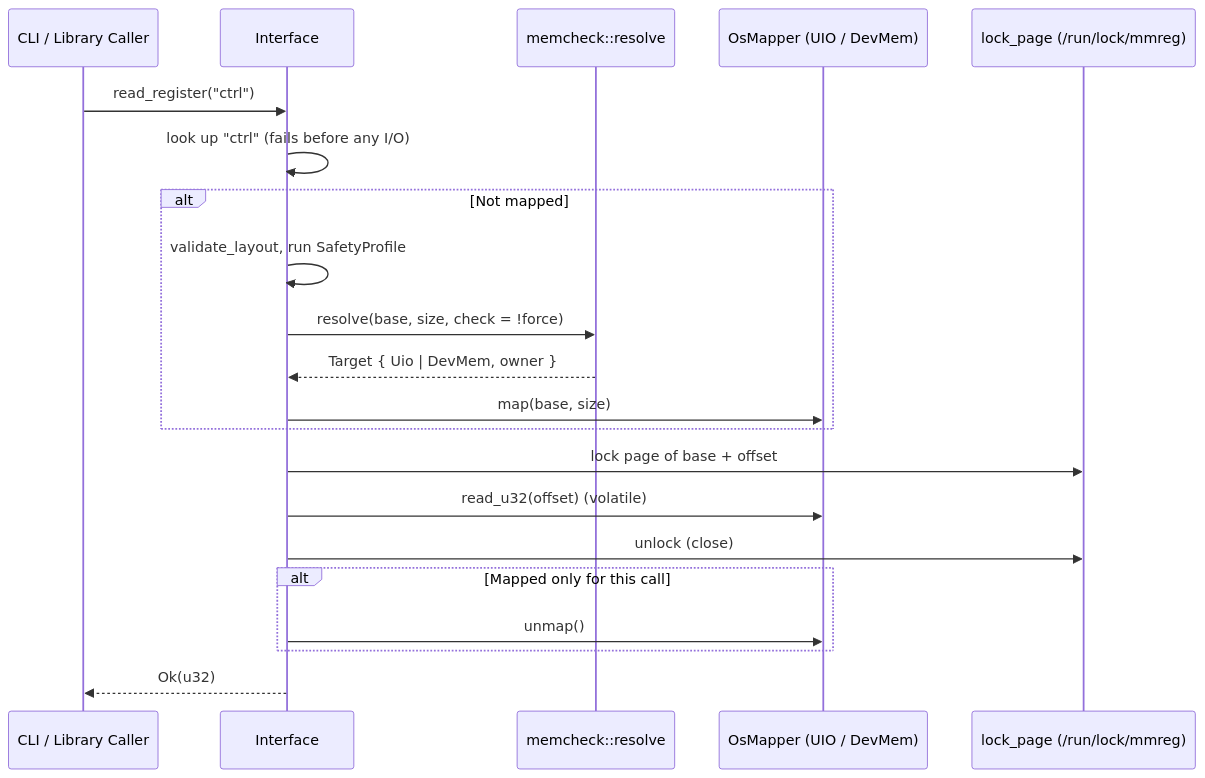
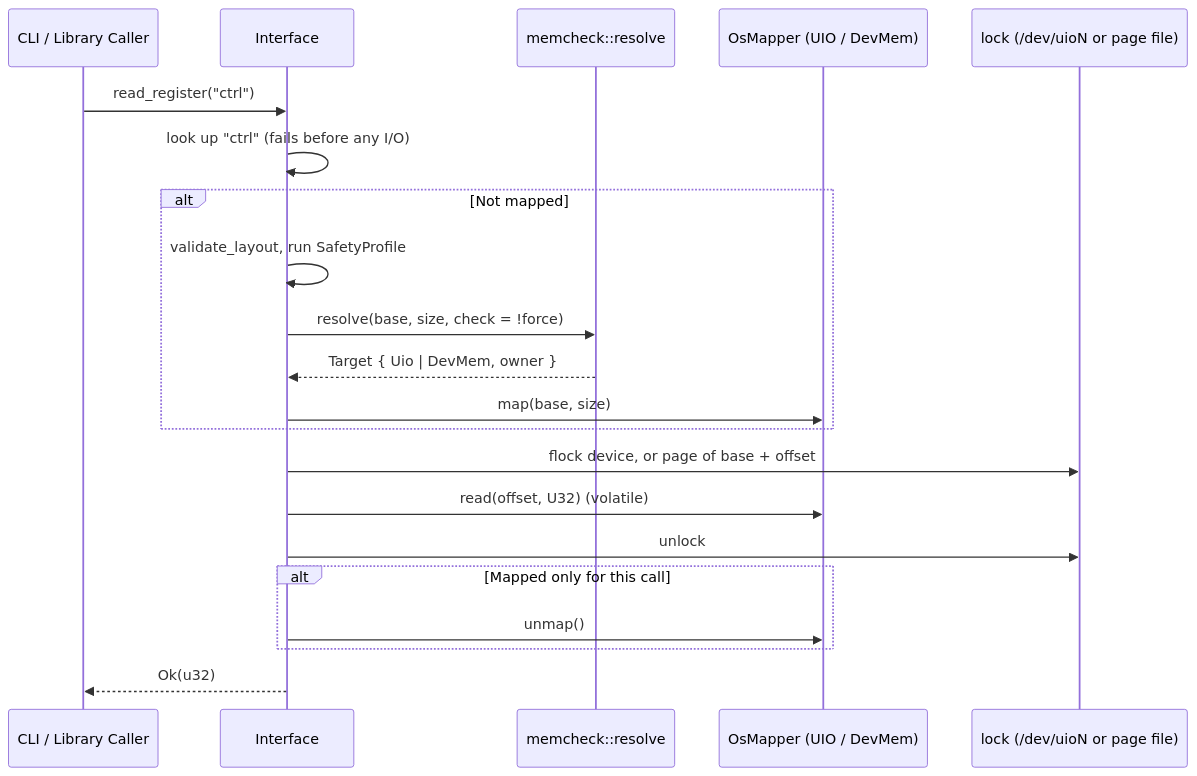
The diagram in docs/developers/01-architecture.md (PurnenduK90/mmreg), drawn with Mermaid before and after one commit. The commit also changed other lines of this file and 24 other files, not shown here.

````diff
--- a/docs/developers/01-architecture.md
+++ b/docs/developers/01-architecture.md
@@ -29,24 +29,24 @@
 ```mermaid
 sequenceDiagram
     participant Caller as CLI / Library Caller
     participant Iface as Interface
     participant Check as memcheck::resolve
     participant Mapper as OsMapper (UIO / DevMem)
-    participant Lock as lock_page (/run/lock/mmreg)
+    participant Lock as lock (/dev/uioN or page file)
 
     Caller->>Iface: read_register("ctrl")
     Iface->>Iface: look up "ctrl" (fails before any I/O)
     alt Not mapped
         Iface->>Iface: validate_layout, run SafetyProfile
         Iface->>Check: resolve(base, size, check = !force)
         Check-->>Iface: Target { Uio | DevMem, owner }
         Iface->>Mapper: map(base, size)
     end
-    Iface->>Lock: lock page of base + offset
-    Iface->>Mapper: read_u32(offset) (volatile)
-    Iface->>Lock: unlock (close)
+    Iface->>Lock: flock device, or page of base + offset
+    Iface->>Mapper: read(offset, U32) (volatile)
+    Iface->>Lock: unlock
     alt Mapped only for this call
         Iface->>Mapper: unmap()
     end
     Iface-->>Caller: Ok(u32)
 ```
````
